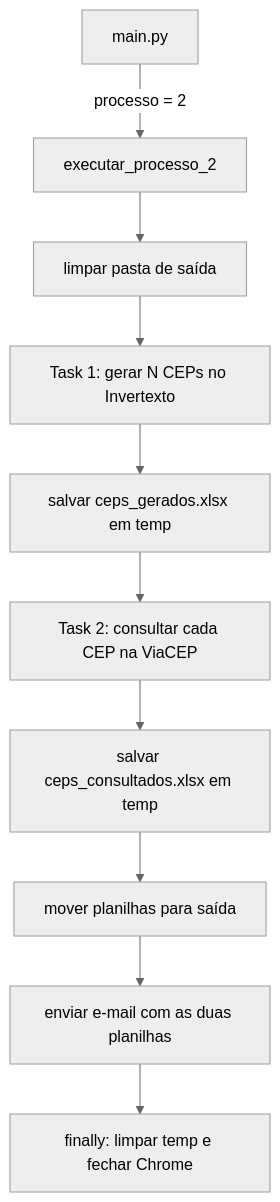
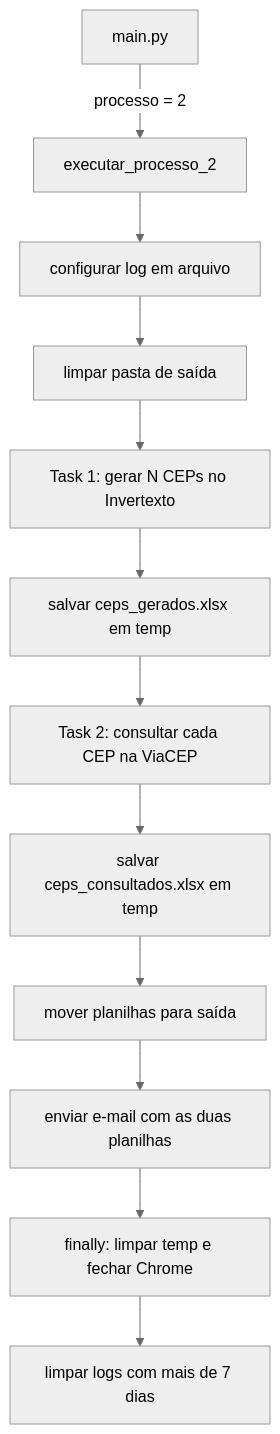
The diagram in src/processes/process_2/README.md (joaosoares-marvila/rpa-exemplo), drawn with Mermaid (neutral theme) before and after one commit. The commit also changed other lines of this file and 2 other files, not shown here.

Commit message:
Documenta o parâmetro diretorio_logs e a retenção de logs nos READMEs

````diff
--- a/src/processes/process_2/README.md
+++ b/src/processes/process_2/README.md
@@ -31,12 +31,14 @@
 ```mermaid
 flowchart TD
     A[main.py] -->|processo = 2| B[executar_processo_2]
-    B --> C[limpar pasta de saída]
+    B --> L[configurar log em arquivo]
+    L --> C[limpar pasta de saída]
     C --> D[Task 1: gerar N CEPs no Invertexto]
     D --> E[salvar ceps_gerados.xlsx em temp]
     E --> F[Task 2: consultar cada CEP na ViaCEP]
     F --> G[salvar ceps_consultados.xlsx em temp]
     G --> H[mover planilhas para saída]
     H --> I[enviar e-mail com as duas planilhas]
     I --> J[finally: limpar temp e fechar Chrome]
+    J --> K[limpar logs com mais de 7 dias]
 ```
````
